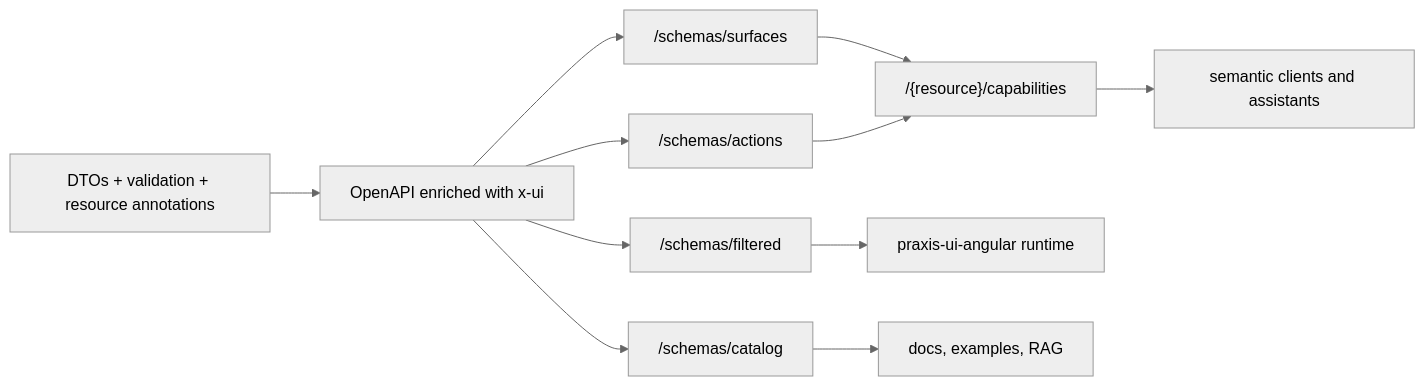
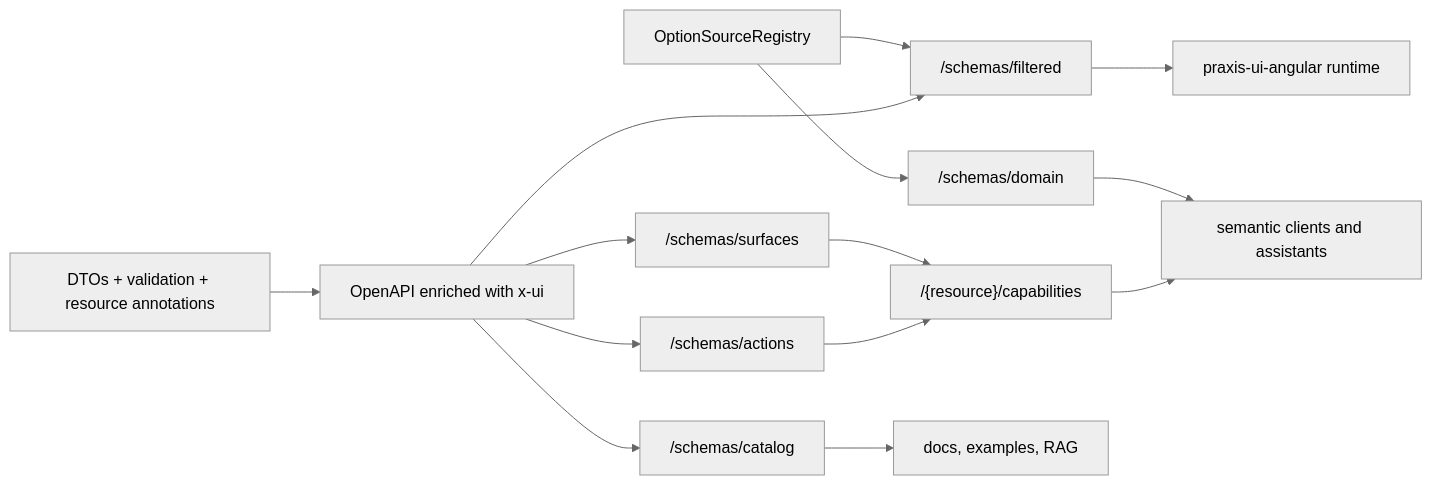
The second of 2 diagrams in README.md (codexrodrigues/praxis-metadata-starter), drawn with Mermaid (neutral theme) before and after one commit. The commit also changed other lines of this file and 8 other files, not shown here.

Commit message:
Fix registry-wide option source discovery (#105)

````diff
--- a/README.md
+++ b/README.md
@@ -522,13 +522,16 @@
 ```mermaid
 flowchart LR
   dto["DTOs + validation + resource annotations"] --> openapi["OpenAPI enriched with x-ui"]
+  registry["OptionSourceRegistry"] --> filtered
+  registry --> domain["/schemas/domain"]
   openapi --> filtered["/schemas/filtered"]
   openapi --> catalog["/schemas/catalog"]
   openapi --> surfaces["/schemas/surfaces"]
   openapi --> actions["/schemas/actions"]
   surfaces --> caps["/{resource}/capabilities"]
   actions --> caps
   filtered --> runtime["praxis-ui-angular runtime"]
   catalog --> docs["docs, examples, RAG"]
+  domain --> clients
   caps --> clients["semantic clients and assistants"]
 ```
````
